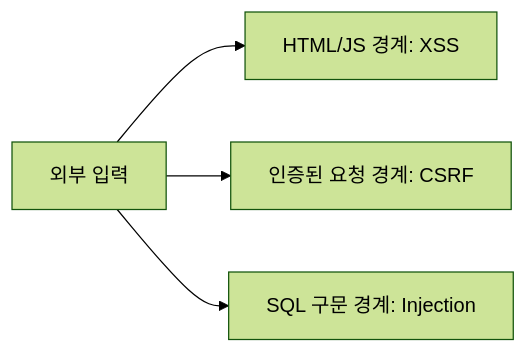
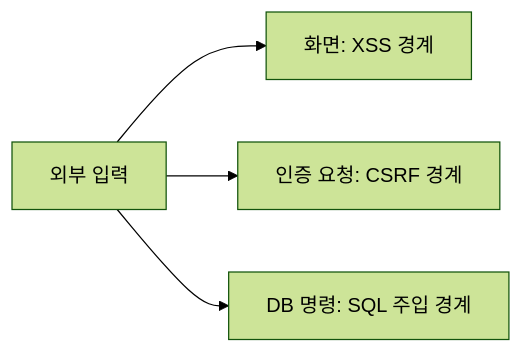
The diagram in content/topics/web-security.md (moocongpapa/it-study), drawn with Mermaid (forest theme) before and after one commit. The commit also changed other lines of this file and 71 other files, not shown here.

````diff
--- a/content/topics/web-security.md
+++ b/content/topics/web-security.md
@@ -6,6 +20,6 @@
 ```mermaid
 flowchart LR
-  I["외부 입력"] --> H["HTML/JS 경계: XSS"]
-  I --> R["인증된 요청 경계: CSRF"]
-  I --> Q["SQL 구문 경계: Injection"]
+ A["외부 입력"] --> B["화면: XSS 경계"]
+ A --> C["인증 요청: CSRF 경계"]
+ A --> D["DB 명령: SQL 주입 경계"]
 ```
````
